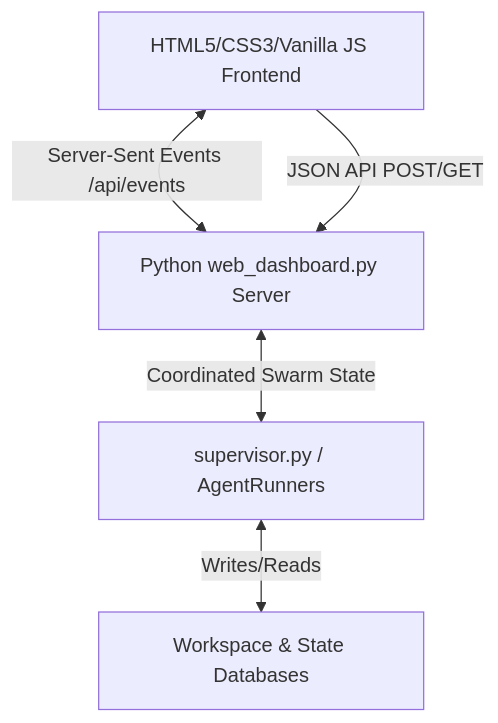
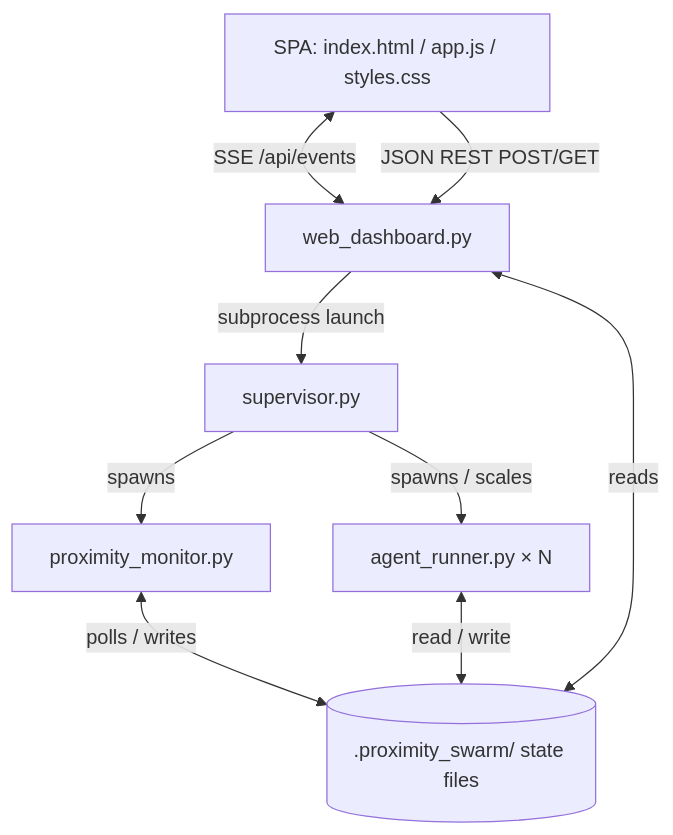
Before and after one commit to yelouis/proximity_swarm: the diagram in designs/ui_design_document.md, drawn with Mermaid. The commit also changed other lines of this file and 9 other files, not shown here.

````diff
--- a/designs/ui_design_document.md
+++ b/designs/ui_design_document.md
@@ -11,7 +41,11 @@
 ```mermaid
 graph TD
-    UI[HTML5/CSS3/Vanilla JS Frontend] <-->|Server-Sent Events /api/events| Backend[Python web_dashboard.py Server]
-    UI -->|JSON API POST/GET| Backend
-    Backend <-->|Coordinated Swarm State| Supervisor[supervisor.py / AgentRunners]
-    Supervisor <-->|Writes/Reads| Filesystem[Workspace & State Databases]
+    UI[SPA: index.html / app.js / styles.css] <-->|SSE /api/events| Backend[web_dashboard.py]
+    UI -->|JSON REST POST/GET| Backend
+    Backend -->|subprocess launch| Supervisor[supervisor.py]
+    Supervisor -->|spawns| Monitor[proximity_monitor.py]
+    Supervisor -->|spawns / scales| Runners[agent_runner.py × N]
+    Monitor <-->|polls / writes| State[(.proximity_swarm/ state files)]
+    Runners <-->|read / write| State
+    Backend <-->|reads| State
 ```
````
